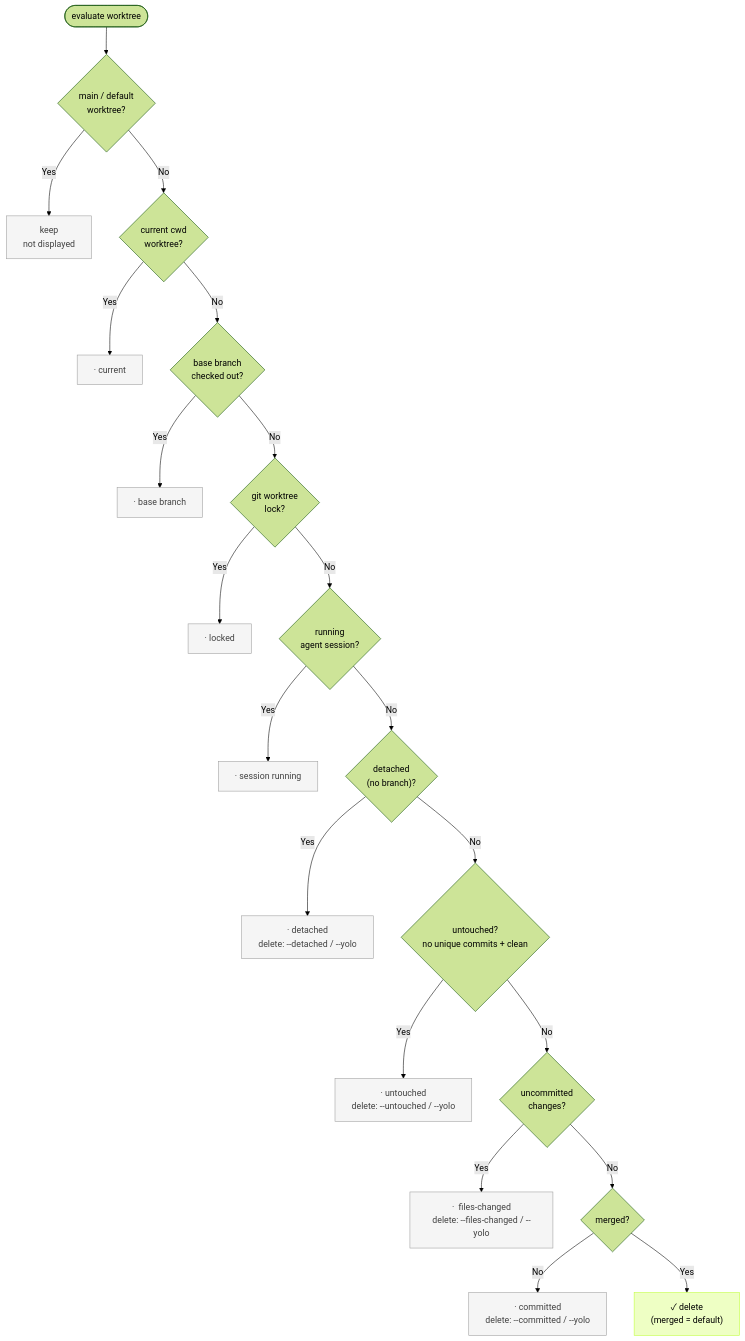
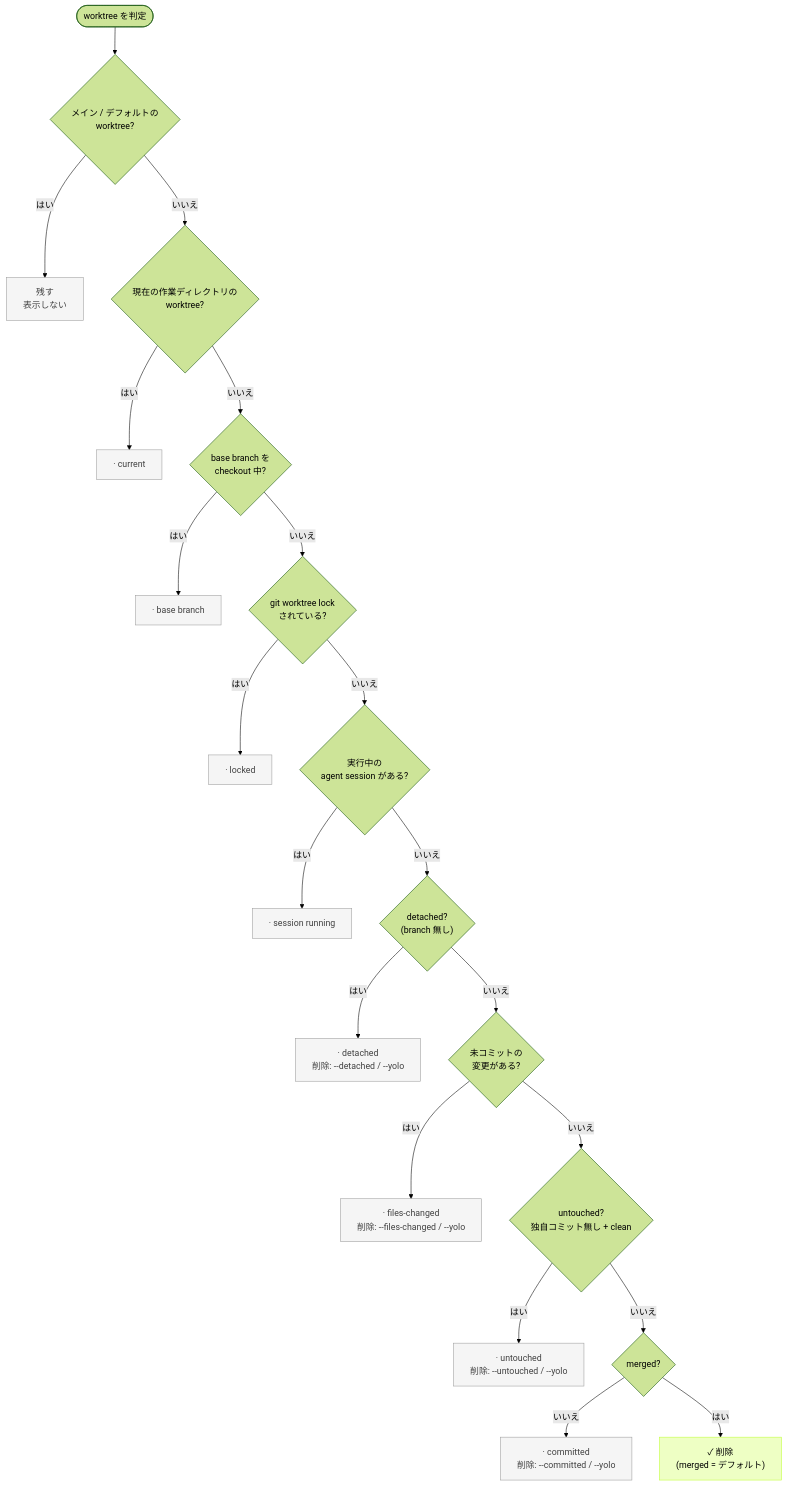
One commit to nozomiishii/git-harvest changed the diagram in README.ja.md. Above: the diagram before and after it, drawn with Mermaid (forest theme). The commit also changed other lines of this file and 1 other file, not shown here.

````diff
--- a/README.ja.md
+++ b/README.ja.md
@@ -186,26 +172,26 @@
 ```mermaid
 flowchart TD
-    Start([evaluate worktree]) --> Main{"main / default<br/>worktree?"}
-    Main -->|Yes| KeepMain[keep<br/>not displayed]
-    Main -->|No| Current{"current cwd<br/>worktree?"}
-    Current -->|Yes| KeepCurrent["·  current"]
-    Current -->|No| Base{"base branch<br/>checked out?"}
-    Base -->|Yes| KeepBase["·  base branch"]
-    Base -->|No| Locked{"git worktree<br/>lock?"}
-    Locked -->|Yes| KeepLocked["·  locked"]
-    Locked -->|No| Running{"running<br/>agent session?"}
-    Running -->|Yes| KeepRunning["·  session running"]
-    Running -->|No| Detached{"detached<br/>(no branch)?"}
-    Detached -->|Yes| KeepDetached["·  detached<br/>delete: --detached / --yolo"]
-    Detached -->|No| Untouched{"untouched?<br/>no unique commits + clean"}
-    Untouched -->|Yes| KeepUntouched["·  untouched<br/>delete: --untouched / --yolo"]
-    Untouched -->|No| Files{"uncommitted<br/>changes?"}
-    Files -->|Yes| KeepFiles["·  files-changed<br/>delete: --files-changed / --yolo"]
-    Files -->|No| Merged{"merged?"}
-    Merged -->|No| KeepCommitted["·  committed<br/>delete: --committed / --yolo"]
-    Merged -->|Yes| DeleteMerged["✓  delete<br/>(merged = default)"]
+    Start([worktree を判定]) --> Main{"メイン / デフォルトの<br/>worktree?"}
+    Main -->|はい| KeepMain[残す<br/>表示しない]
+    Main -->|いいえ| Current{"現在の作業ディレクトリの<br/>worktree?"}
+    Current -->|はい| KeepCurrent["·  current"]
+    Current -->|いいえ| Base{"base branch を<br/>checkout 中?"}
+    Base -->|はい| KeepBase["·  base branch"]
+    Base -->|いいえ| Locked{"git worktree lock<br/>されている?"}
+    Locked -->|はい| KeepLocked["·  locked"]
+    Locked -->|いいえ| Running{"実行中の<br/>agent session がある?"}
+    Running -->|はい| KeepRunning["·  session running"]
+    Running -->|いいえ| Detached{"detached?<br/>(branch 無し)"}
+    Detached -->|はい| KeepDetached["·  detached<br/>削除: --detached / --yolo"]
+    Detached -->|いいえ| Files{"未コミットの<br/>変更がある?"}
+    Files -->|はい| KeepFiles["·  files-changed<br/>削除: --files-changed / --yolo"]
+    Files -->|いいえ| Untouched{"untouched?<br/>独自コミット無し + clean"}
+    Untouched -->|はい| KeepUntouched["·  untouched<br/>削除: --untouched / --yolo"]
+    Untouched -->|いいえ| Merged{"merged?"}
+    Merged -->|いいえ| KeepCommitted["·  committed<br/>削除: --committed / --yolo"]
+    Merged -->|はい| DeleteMerged["✓  削除<br/>(merged = デフォルト)"]
     classDef keep fill:#f5f5f5,stroke:#9e9e9e,color:#424242
     classDef delete fill:#eeffc4,stroke:#C0FF39,color:#000
     class KeepMain,KeepCurrent,KeepBase,KeepLocked,KeepRunning,KeepDetached,KeepUntouched,KeepFiles,KeepCommitted keep
     class DeleteMerged delete
 ```
````
